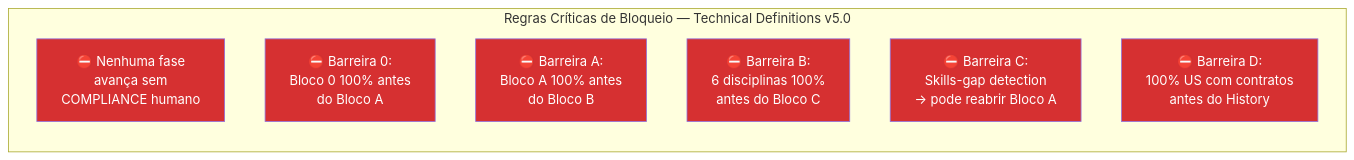
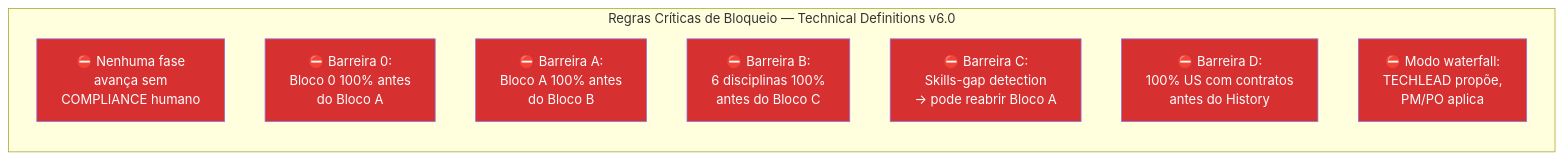
Before and after one commit to bolismar69/workspace-fbso: diagram 11 of 11 in .specs/prompts/project-technical-definitions/FLOWCHART-PROMPT-ROADMAP-GENERATE-PROJECT-TECHNICAL-DEFINITIONS.md, drawn with Mermaid. The commit also changed other lines of this file and 1 other file, not shown here.

First line of the commit message:
feat: fase 2 pipeline TECHLEAD — PROJECT-TECHNICAL-DEFINITIONS v6.0 + FLOWCHART v6.0

````diff
--- a/.specs/prompts/project-technical-definitions/FLOWCHART-PROMPT-ROADMAP-GENERATE-PROJECT-TECHNICAL-DEFINITIONS.md
+++ b/.specs/prompts/project-technical-definitions/FLOWCHART-PROMPT-ROADMAP-GENERATE-PROJECT-TECHNICAL-DEFINITIONS.md
@@ -927,18 +965,20 @@
 ```mermaid
 flowchart LR
-    subgraph GATING[Regras Críticas de Bloqueio — Technical Definitions v5.0]
+    subgraph GATING[Regras Críticas de Bloqueio — Technical Definitions v6.0]
         G1[⛔ Nenhuma fase<br/>avança sem<br/>COMPLIANCE humano]
         G2[⛔ Barreira 0:<br/>Bloco 0 100% antes<br/>do Bloco A]
         G3[⛔ Barreira A:<br/>Bloco A 100% antes<br/>do Bloco B]
         G4[⛔ Barreira B:<br/>6 disciplinas 100%<br/>antes do Bloco C]
         G5[⛔ Barreira C:<br/>Skills-gap detection<br/>→ pode reabrir Bloco A]
         G6[⛔ Barreira D:<br/>100% US com contratos<br/>antes do History]
+        G7[⛔ Modo waterfall:<br/>TECHLEAD propõe,<br/>PM/PO aplica]
     end
 
     style G1 fill:#d63031,color:#fff
     style G2 fill:#d63031,color:#fff
     style G3 fill:#d63031,color:#fff
     style G4 fill:#d63031,color:#fff
     style G5 fill:#d63031,color:#fff
     style G6 fill:#d63031,color:#fff
+    style G7 fill:#d63031,color:#fff
 ```
````
